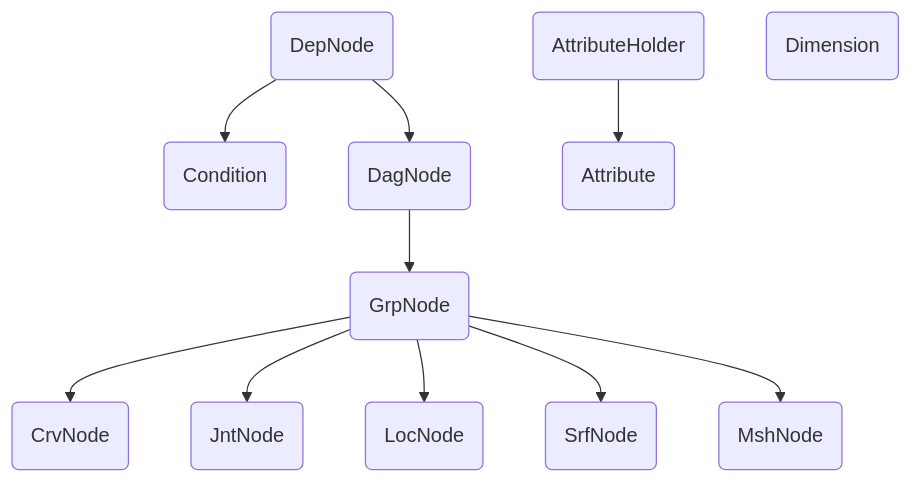
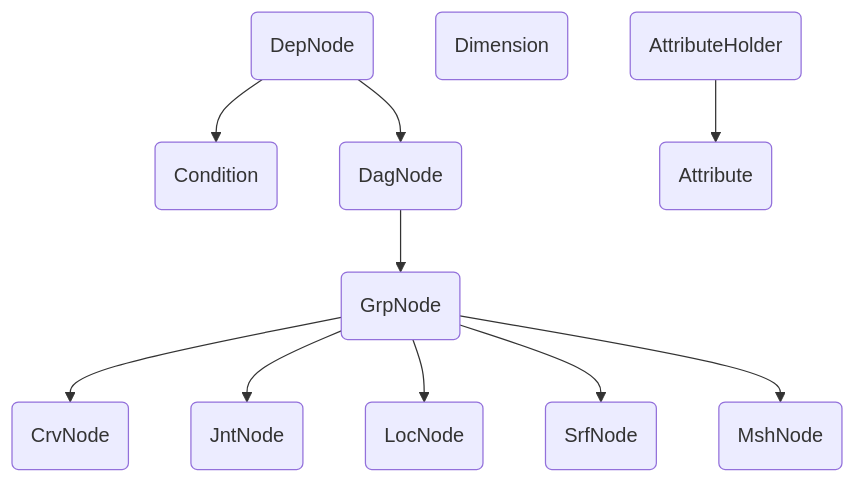
The first of 2 diagrams in README.md (nickyliux/nl_rigging_tools), drawn with Mermaid before and after one commit. The commit also changed other lines of this file, not shown here.

Commit message:
fix mermaid graph

````diff
--- a/README.md
+++ b/README.md
@@ -90,13 +90,13 @@
 ```mermaid
 flowchart
     id10(DepNode) --> id11(Condition)
     id10(DepNode) --> id12(DagNode)
     id12(DagNode) --> id1(GrpNode)
     id1(GrpNode) --> id2(CrvNode)
     id1(GrpNode) --> id3(JntNode)
     id1(GrpNode) --> id4(LocNode)
     id1(GrpNode) --> id5(SrfNode)
     id1(GrpNode) --> id6(MshNode)
+    id7(Dimension)
     id8(AttributeHolder) --> id9(Attribute)
-    id7(Dimension)
 ```
````
